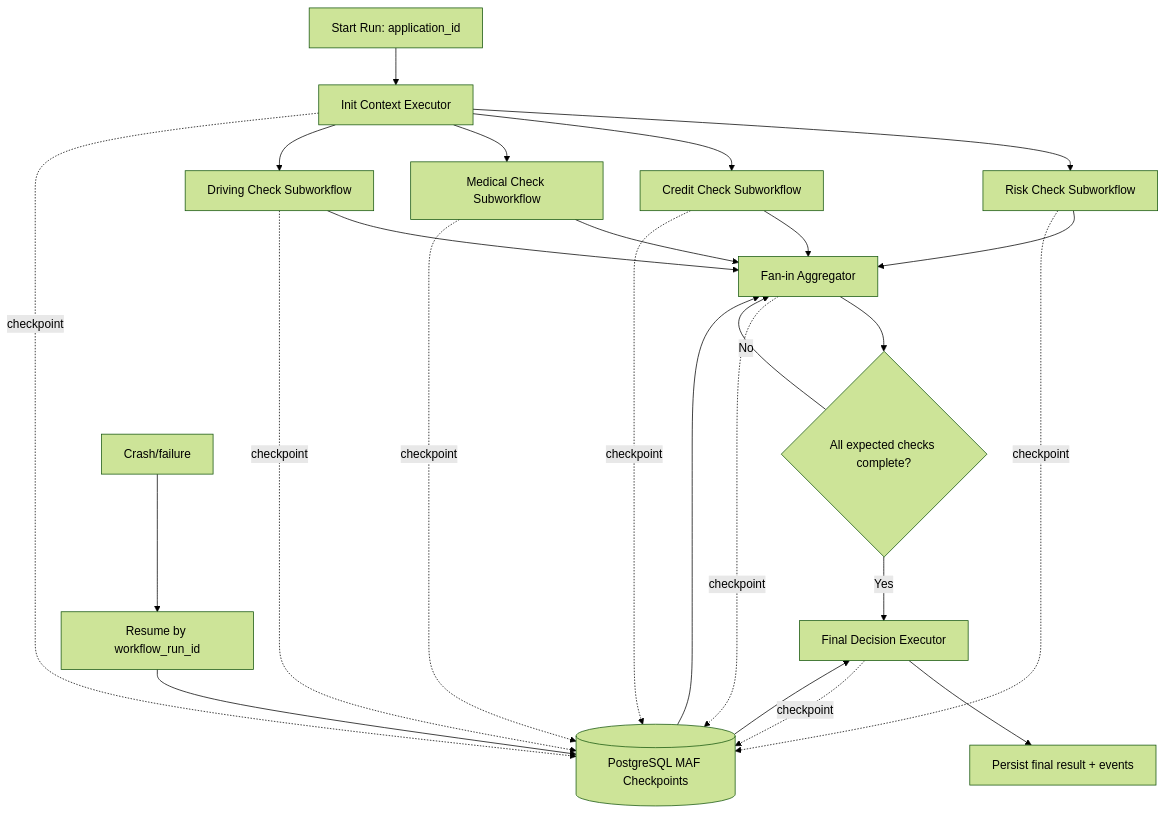
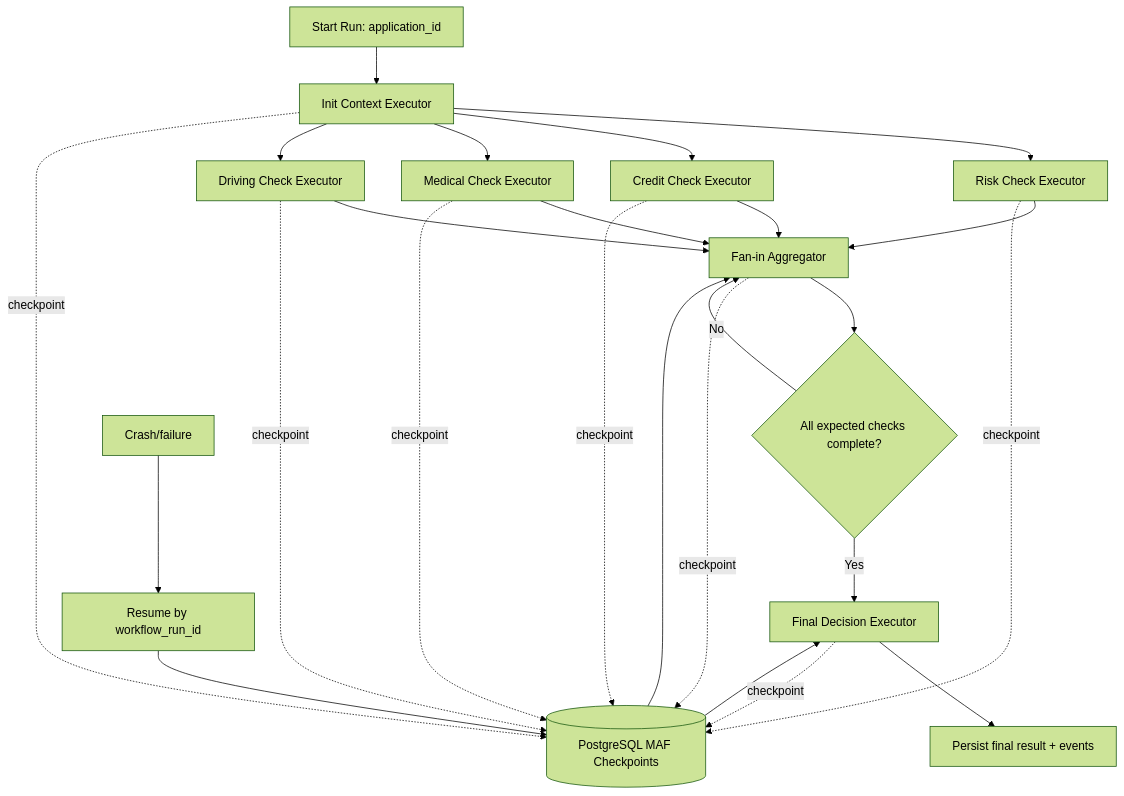
One commit to ppenumatsa1/maf-monorepo changed the first of 2 diagrams in agents/underwriting/foundry-public/docs/design/customer-questions-answers.md. Above: the diagram before and after it, drawn with Mermaid (forest theme). The commit also changed other lines of this file and 30 other files, not shown here.

````diff
--- a/agents/underwriting/foundry-public/docs/design/customer-questions-answers.md
+++ b/agents/underwriting/foundry-public/docs/design/customer-questions-answers.md
@@ -101,31 +101,31 @@
 ```mermaid
 flowchart TD
     A[Start Run: application_id] --> B[Init Context Executor]
-    B --> C1[Risk Check Subworkflow]
-    B --> C2[Credit Check Subworkflow]
-    B --> C3[Medical Check Subworkflow]
-    B --> C4[Driving Check Subworkflow]
+    B --> C1[Risk Check Executor]
+    B --> C2[Credit Check Executor]
+    B --> C3[Medical Check Executor]
+    B --> C4[Driving Check Executor]
 
     C1 --> D[Fan-in Aggregator]
     C2 --> D
     C3 --> D
     C4 --> D
 
     D --> E{All expected checks complete?}
     E -- No --> D
     E -- Yes --> F[Final Decision Executor]
     F --> G[Persist final result + events]
 
     B -.checkpoint.-> H[(PostgreSQL MAF Checkpoints)]
     C1 -.checkpoint.-> H
     C2 -.checkpoint.-> H
     C3 -.checkpoint.-> H
     C4 -.checkpoint.-> H
     D -.checkpoint.-> H
     F -.checkpoint.-> H
 
     X[Crash/failure] --> R[Resume by workflow_run_id]
     R --> H
     H --> D
     H --> F
 ```
````
